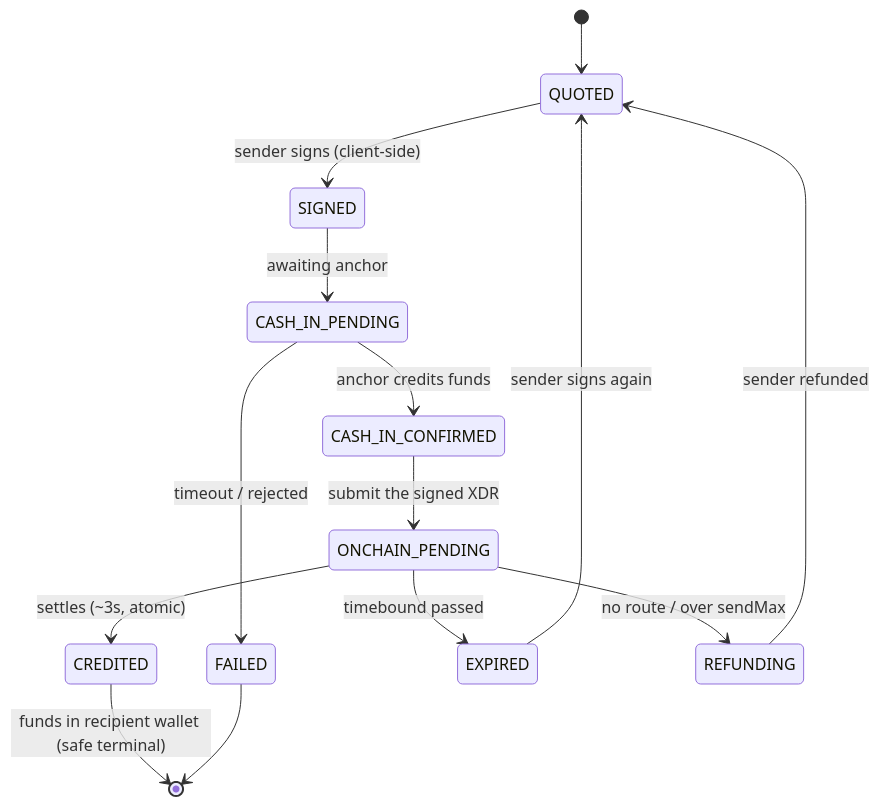
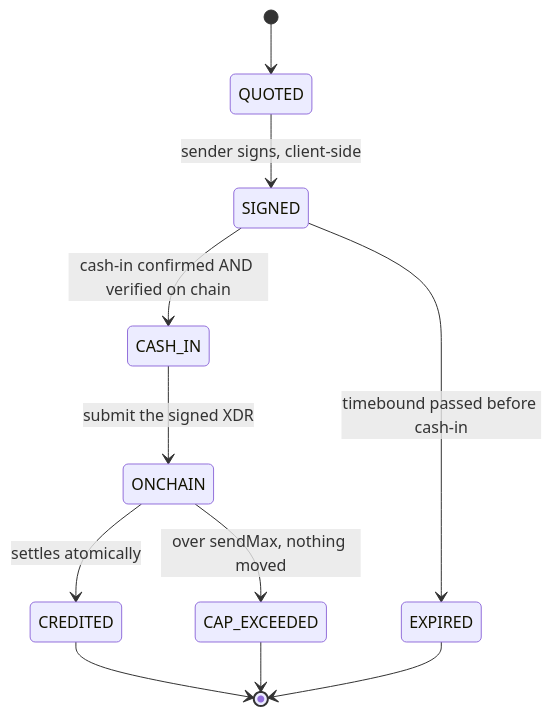
Before and after one commit to yigitcangokmen/corramoney: the second of 2 diagrams in README.md, drawn with Mermaid. The commit also changed other lines of this file and 8 other files, not shown here.

````diff
--- a/README.md
+++ b/README.md
@@ -110,16 +119,13 @@
 ```mermaid
 stateDiagram-v2
     [*] --> QUOTED
-    QUOTED --> SIGNED: sender signs (client-side)
-    SIGNED --> CASH_IN_PENDING: awaiting anchor
-    CASH_IN_PENDING --> CASH_IN_CONFIRMED: anchor credits funds
-    CASH_IN_PENDING --> FAILED: timeout / rejected
-    CASH_IN_CONFIRMED --> ONCHAIN_PENDING: submit the signed XDR
-    ONCHAIN_PENDING --> CREDITED: settles (~3s, atomic)
-    ONCHAIN_PENDING --> EXPIRED: timebound passed
-    ONCHAIN_PENDING --> REFUNDING: no route / over sendMax
-    EXPIRED --> QUOTED: sender signs again
-    REFUNDING --> QUOTED: sender refunded
-    CREDITED --> [*]: funds in recipient wallet (safe terminal)
-    FAILED --> [*]
+    QUOTED --> SIGNED: sender signs, client-side
+    SIGNED --> CASH_IN: cash-in confirmed AND verified on chain
+    SIGNED --> EXPIRED: timebound passed before cash-in
+    CASH_IN --> ONCHAIN: submit the signed XDR
+    ONCHAIN --> CREDITED: settles atomically
+    ONCHAIN --> CAP_EXCEEDED: over sendMax, nothing moved
+    CREDITED --> [*]
+    EXPIRED --> [*]
+    CAP_EXCEEDED --> [*]
 ```
````
